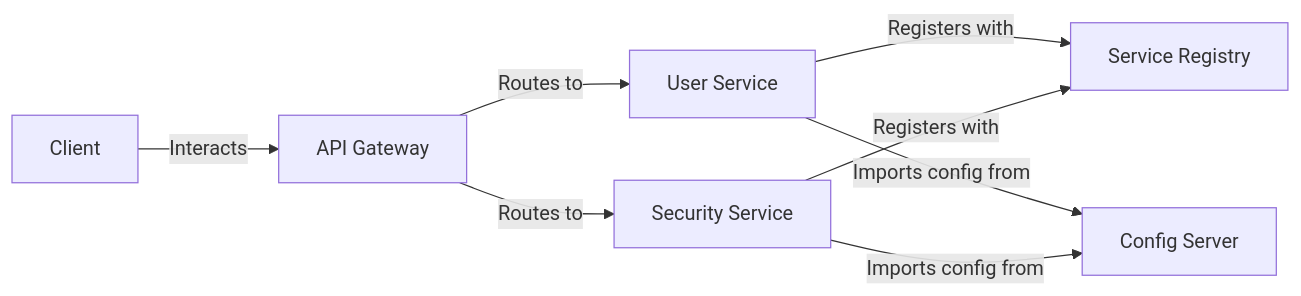
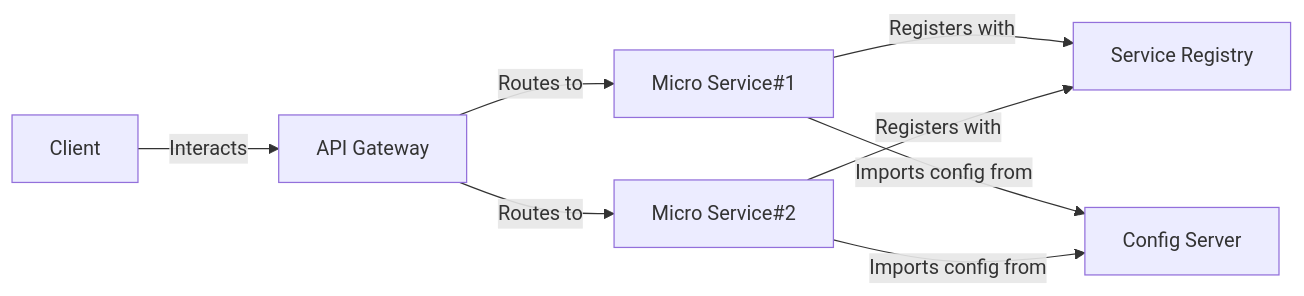
The diagram in README.md (KalGookSoo/springboot-msa), drawn with Mermaid before and after one commit. The commit also changed other lines of this file and 5 other files, not shown here.

````diff
--- a/README.md
+++ b/README.md
@@ -26,10 +27,10 @@
 ```mermaid
 graph LR
     A[Client] -->|Interacts| B[API Gateway]
-    B -->|Routes to| D[User Service]
-    B -->|Routes to| E[Security Service]
+    B -->|Routes to| D[Micro Service#1]
+    B -->|Routes to| E[Micro Service#2]
     D -->|Registers with| C[Service Registry]
     E -->|Registers with| C
     D -->|Imports config from| F[Config Server]
     E -->|Imports config from| F
 ```
````
